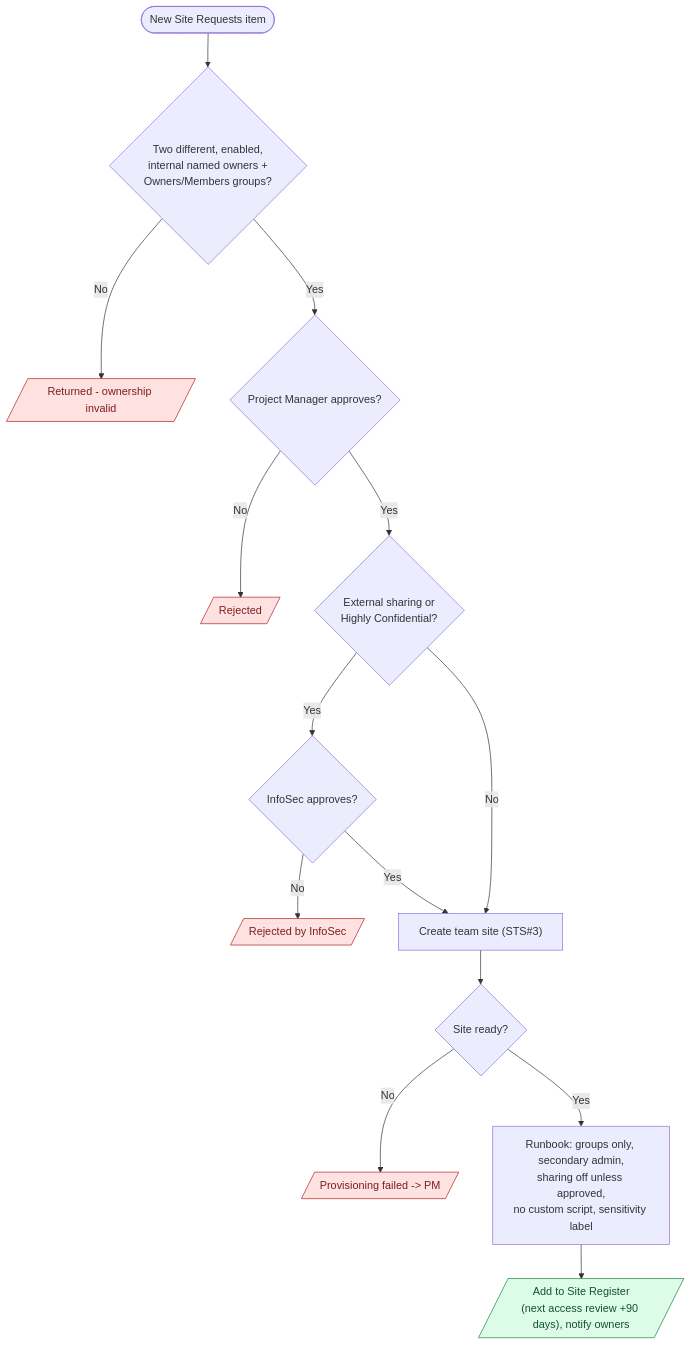
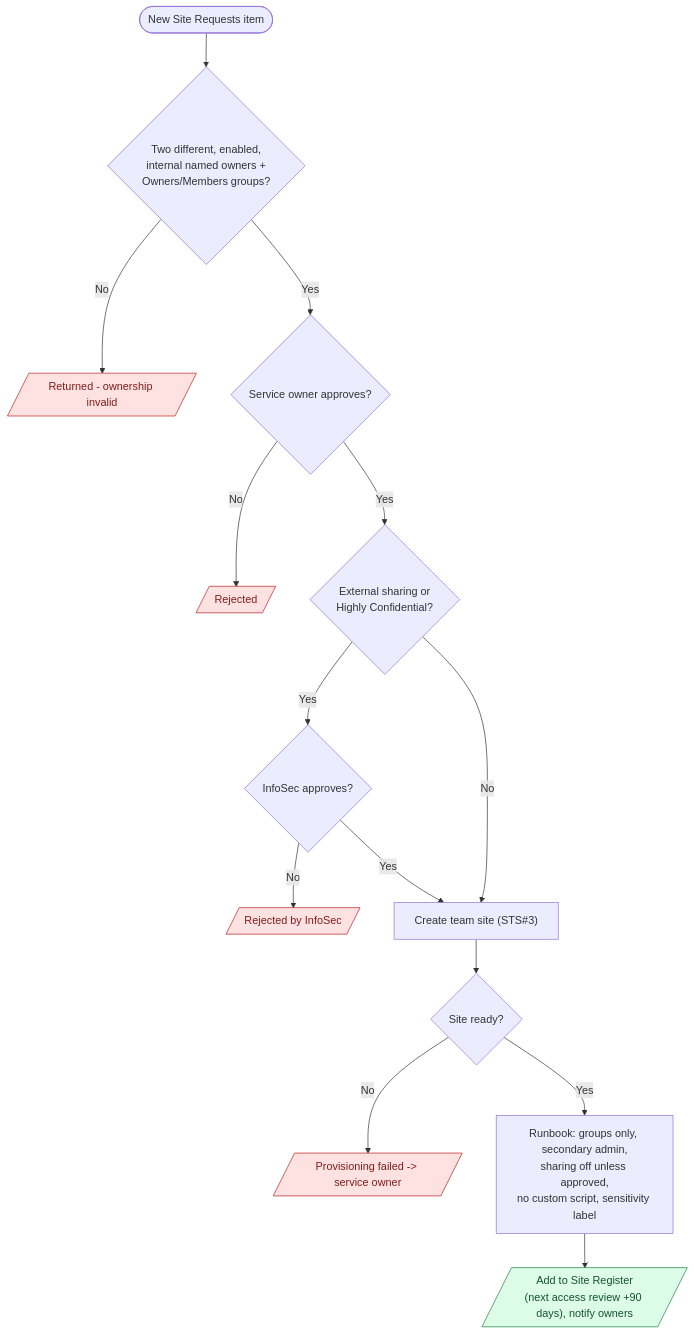
One commit to flinty-isd/Projects-hub changed the fourth of 7 diagrams in solutions/SharePointGovernance/diagrams/governance-flows.md. Above: the diagram before and after it, drawn with Mermaid. The commit also changed other lines of this file and 12 other files, not shown here.

First line of the commit message:
Adapt SharePoint governance flows for BAU

````diff
--- a/solutions/SharePointGovernance/diagrams/governance-flows.md
+++ b/solutions/SharePointGovernance/diagrams/governance-flows.md
@@ -79,18 +73,18 @@
 ```mermaid
 flowchart TD
   A([New Site Requests item]) --> V{"Two different, enabled,<br/>internal named owners +<br/>Owners/Members groups?"}
   V -->|No| X[/"Returned - ownership invalid"/]:::bad
-  V -->|Yes| PM{"Project Manager approves?"}
-  PM -->|No| R1[/"Rejected"/]:::bad
-  PM -->|Yes| S{"External sharing or<br/>Highly Confidential?"}
+  V -->|Yes| SO{"Service owner approves?"}
+  SO -->|No| R1[/"Rejected"/]:::bad
+  SO -->|Yes| S{"External sharing or<br/>Highly Confidential?"}
   S -->|Yes| IS{"InfoSec approves?"}
   IS -->|No| R2[/"Rejected by InfoSec"/]:::bad
   IS -->|Yes| C
   S -->|No| C["Create team site (STS#3)"]
   C --> OK{"Site ready?"}
-  OK -->|No| F[/"Provisioning failed -> PM"/]:::bad
+  OK -->|No| F[/"Provisioning failed -> service owner"/]:::bad
   OK -->|Yes| RB["Runbook: groups only, secondary admin,<br/>sharing off unless approved,<br/>no custom script, sensitivity label"]
   RB --> REG[/"Add to Site Register<br/>(next access review +90 days), notify owners"/]:::good
   classDef good fill:#dcfce7,stroke:#15803d,color:#14532d
   classDef bad fill:#fee2e2,stroke:#b91c1c,color:#7f1d1d
 ```
````
